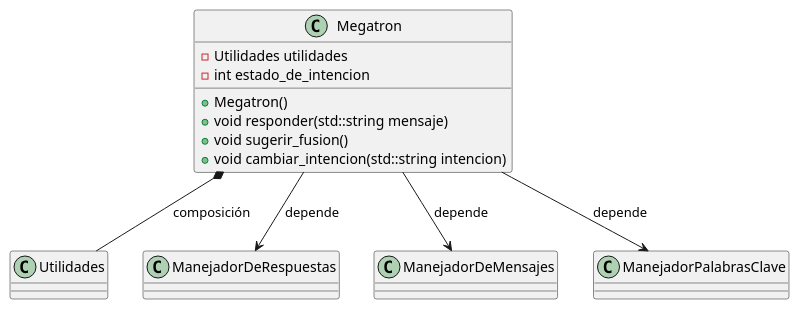
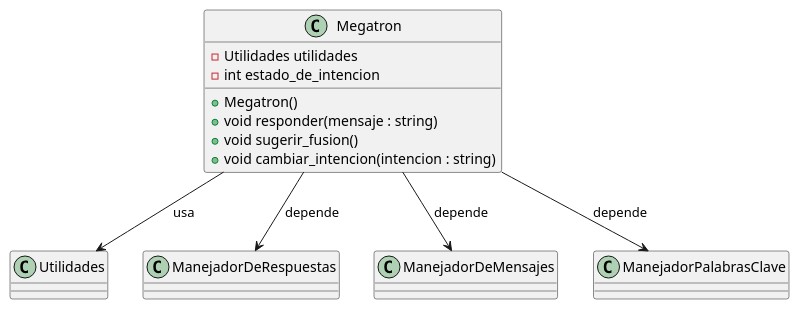
The diagram in Diagramas-UML/Megatron.puml (guillsil/Transformers-Game), drawn with PlantUML before and after one commit. The commit also changed 15 other files, not shown here.

Commit message:
Refactor: adapto los uml ya que los mismo con los atributos primero va el nombre y luego el tipo.

```diff
--- a/Diagramas-UML/Megatron.puml
+++ b/Diagramas-UML/Megatron.puml
@@ -1,26 +1,26 @@
 @startuml
 'https://plantuml.com/class-diagram
 
 class Utilidades
 class ManejadorDeRespuestas
 class ManejadorDeMensajes
 class ManejadorPalabrasClave
 
 class Megatron {
     - Utilidades utilidades
     - int estado_de_intencion
 
     + Megatron()
-    + void responder(std::string mensaje)
+    + void responder(mensaje : string)
     + void sugerir_fusion()
-    + void cambiar_intencion(std::string intencion)
+    + void cambiar_intencion(intencion : string)
 }
 
 ' Relaciones
-Megatron *-- Utilidades : "composición"
+Megatron --> Utilidades : "usa"
 Megatron --> ManejadorDeMensajes : "depende"
 Megatron --> ManejadorPalabrasClave : "depende"
 Megatron --> ManejadorDeRespuestas : "depende"
 
 
 @enduml
```
